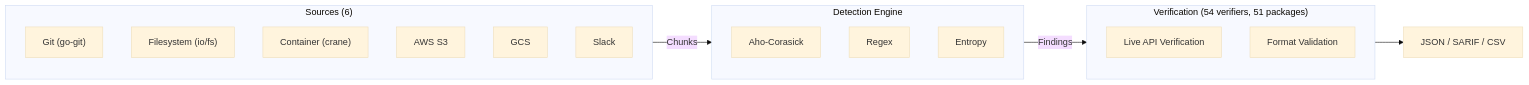
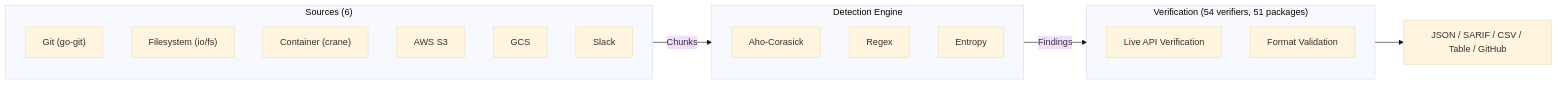
One commit to HodeTech/Leakwatch changed the diagram in README.md. Above: the diagram before and after it, drawn with Mermaid (base theme). The commit also changed other lines of this file, not shown here.

First line of the commit message:
docs(readme): refresh for v1.6.0 and the github output format

````diff
--- a/README.md
+++ b/README.md
@@ -252,26 +254,26 @@
 ```mermaid
 flowchart LR
     subgraph Sources["Sources (6)"]
         S1["Git (go-git)"]
         S2["Filesystem (io/fs)"]
         S3["Container (crane)"]
         S4["AWS S3"]
         S5["GCS"]
         S6["Slack"]
     end
 
     subgraph Engine["Detection Engine"]
         E1[Aho-Corasick]
         E2[Regex]
         E3[Entropy]
     end
 
     subgraph Verify["Verification (54 verifiers, 51 packages)"]
         V1[Live API Verification]
         V2[Format Validation]
     end
 
     Sources -->|Chunks| Engine
     Engine -->|Findings| Verify
-    Verify --> Output["JSON / SARIF / CSV"]
+    Verify --> Output["JSON / SARIF / CSV / Table / GitHub"]
 ```
````
